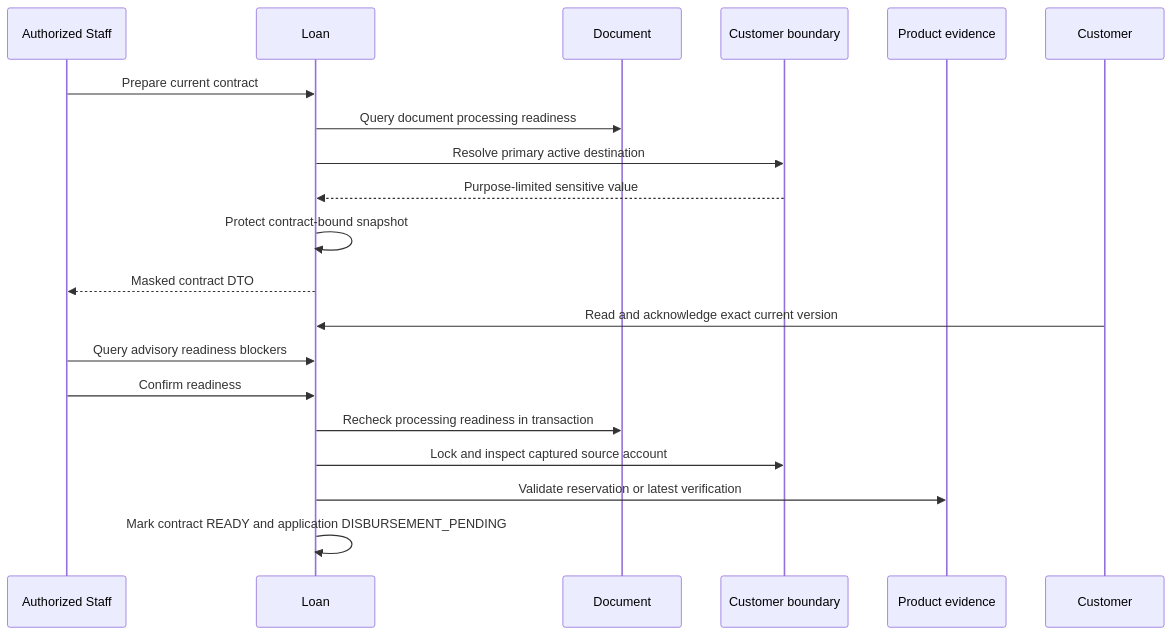
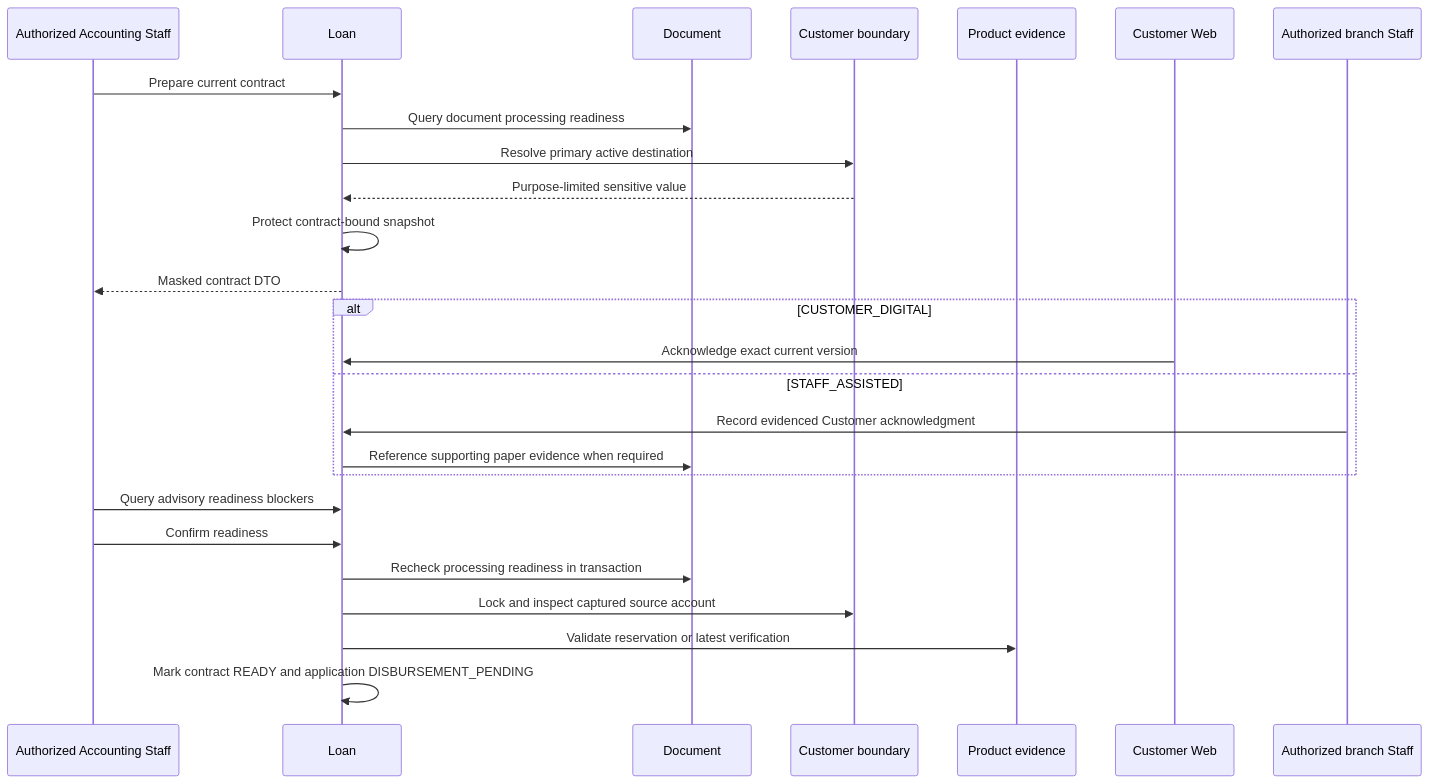
One commit to dongduy-dev/meridian-finance changed diagram 17 of 19 in docs/architecture/MER-ARCH-006-api-request-flow-and-dependencies.md. Above: the diagram before and after it, drawn with Mermaid. The commit also changed other lines of this file and 1 other file, not shown here.

First line of the commit message:
docs(architecture): define Staff-assisted origination boundaries (#105)

````diff
--- a/docs/architecture/MER-ARCH-006-api-request-flow-and-dependencies.md
+++ b/docs/architecture/MER-ARCH-006-api-request-flow-and-dependencies.md
@@ -522,23 +616,29 @@
 ```mermaid
 sequenceDiagram
-    participant A as Authorized Staff
+    participant A as Authorized Accounting Staff
     participant L as Loan
     participant D as Document
     participant C as Customer boundary
     participant P as Product evidence
-    participant U as Customer
+    participant U as Customer Web
+    participant B as Authorized branch Staff
 
     A->>L: Prepare current contract
     L->>D: Query document processing readiness
     L->>C: Resolve primary active destination
     C-->>L: Purpose-limited sensitive value
     L->>L: Protect contract-bound snapshot
     L-->>A: Masked contract DTO
-    U->>L: Read and acknowledge exact current version
+    alt CUSTOMER_DIGITAL
+        U->>L: Acknowledge exact current version
+    else STAFF_ASSISTED
+        B->>L: Record evidenced Customer acknowledgment
+        L->>D: Reference supporting paper evidence when required
+    end
     A->>L: Query advisory readiness blockers
     A->>L: Confirm readiness
     L->>D: Recheck processing readiness in transaction
     L->>C: Lock and inspect captured source account
     L->>P: Validate reservation or latest verification
     L->>L: Mark contract READY and application DISBURSEMENT_PENDING
 ```
````
